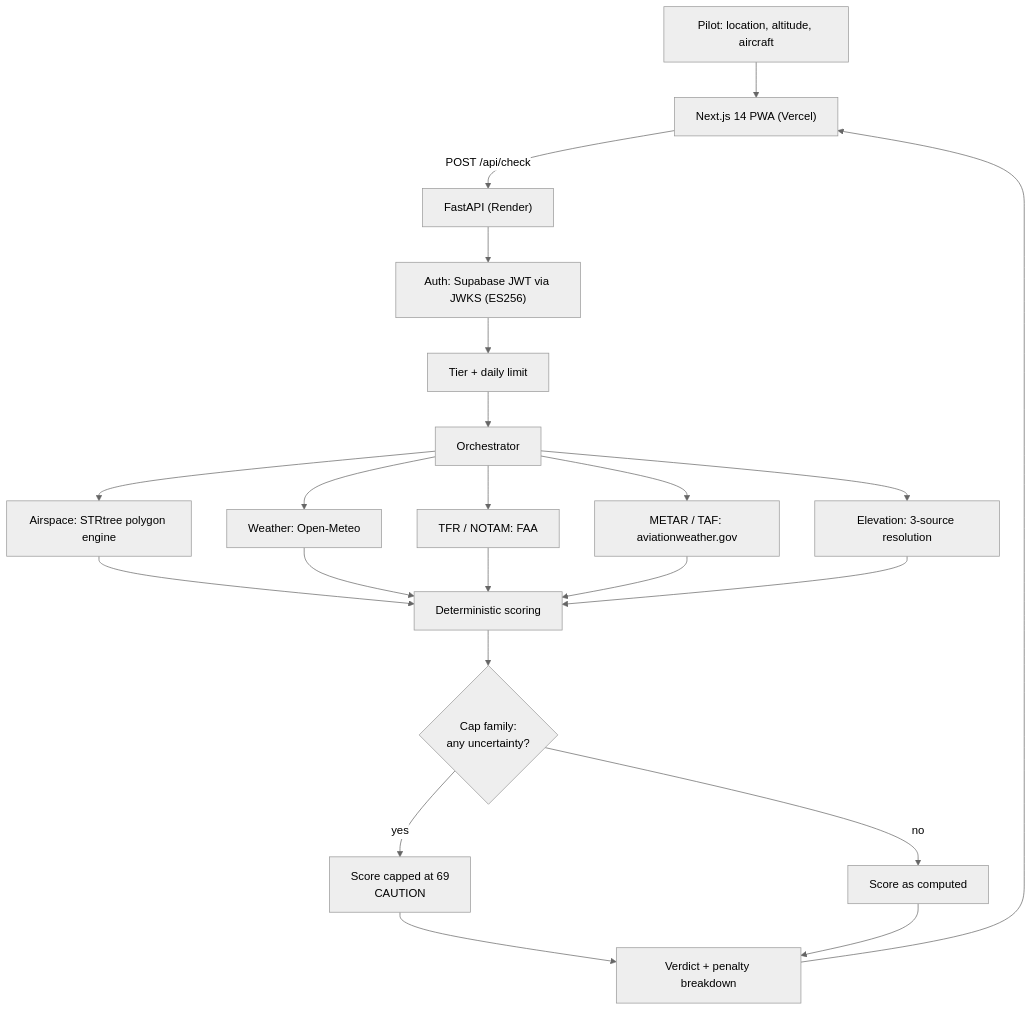
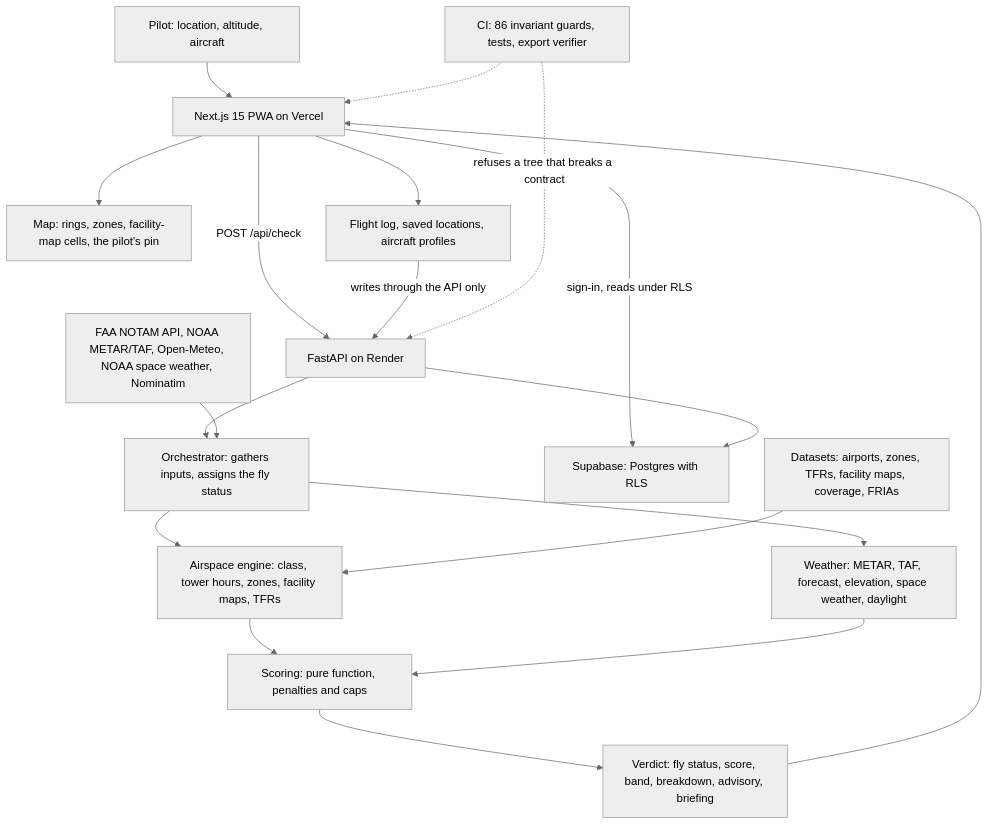
Before and after one commit to jha-ayush/uas-skycheck-architecture: the diagram in README.md, drawn with Mermaid (neutral theme). The commit also changed other lines of this file, not shown here.

First line of the commit message:
Bring the architecture README in line with the shipped system

````diff
--- a/README.md
+++ b/README.md
@@ -111,29 +79,21 @@
 ```mermaid
 flowchart TD
-    A["Pilot: location, altitude, aircraft"] --> B["Next.js 14 PWA (Vercel)"]
-    B -->|"POST /api/check"| C["FastAPI (Render)"]
-    C --> D["Auth: Supabase JWT via JWKS (ES256)"]
-    D --> E["Tier + daily limit"]
-    E --> F["Orchestrator"]
-
-    F --> G["Airspace: STRtree polygon engine"]
-    F --> H["Weather: Open-Meteo"]
-    F --> I["TFR / NOTAM: FAA"]
-    F --> J["METAR / TAF: aviationweather.gov"]
-    F --> K["Elevation: 3-source resolution"]
-
-    G --> L["Deterministic scoring"]
-    H --> L
-    I --> L
-    J --> L
-    K --> L
-
-    L --> M{"Cap family:
-    any uncertainty?"}
-    M -->|"yes"| N["Score capped at 69
-    CAUTION"]
-    M -->|"no"| O["Score as computed"]
-    N --> P["Verdict + penalty breakdown"]
-    O --> P
-    P --> B
+    P["Pilot: location, altitude, aircraft"] --> FE["Next.js 15 PWA on Vercel"]
+    FE -->|"POST /api/check"| API["FastAPI on Render"]
+    API --> ORC["Orchestrator: gathers inputs, assigns the fly status"]
+    ORC --> GEO["Airspace engine: class, tower hours, zones, facility maps, TFRs"]
+    ORC --> WX["Weather: METAR, TAF, forecast, elevation, space weather, daylight"]
+    GEO --> SC["Scoring: pure function, penalties and caps"]
+    WX --> SC
+    SC --> RESP["Verdict: fly status, score, band, breakdown, advisory, briefing"]
+    RESP --> FE
+    FE --> MAP["Map: rings, zones, facility-map cells, the pilot's pin"]
+    FE --> LOG["Flight log, saved locations, aircraft profiles"]
+    LOG -->|"writes through the API only"| API
+    FE -->|"sign-in, reads under RLS"| SB["Supabase: Postgres with RLS"]
+    API --> SB
+    DS["Datasets: airports, zones, TFRs, facility maps, coverage, FRIAs"] --> GEO
+    EXT["FAA NOTAM API, NOAA METAR/TAF, Open-Meteo, NOAA space weather, Nominatim"] --> ORC
+    CI["CI: 86 invariant guards, tests, export verifier"] -.->|"refuses a tree that breaks a contract"| API
+    CI -.-> FE
 ```
````
